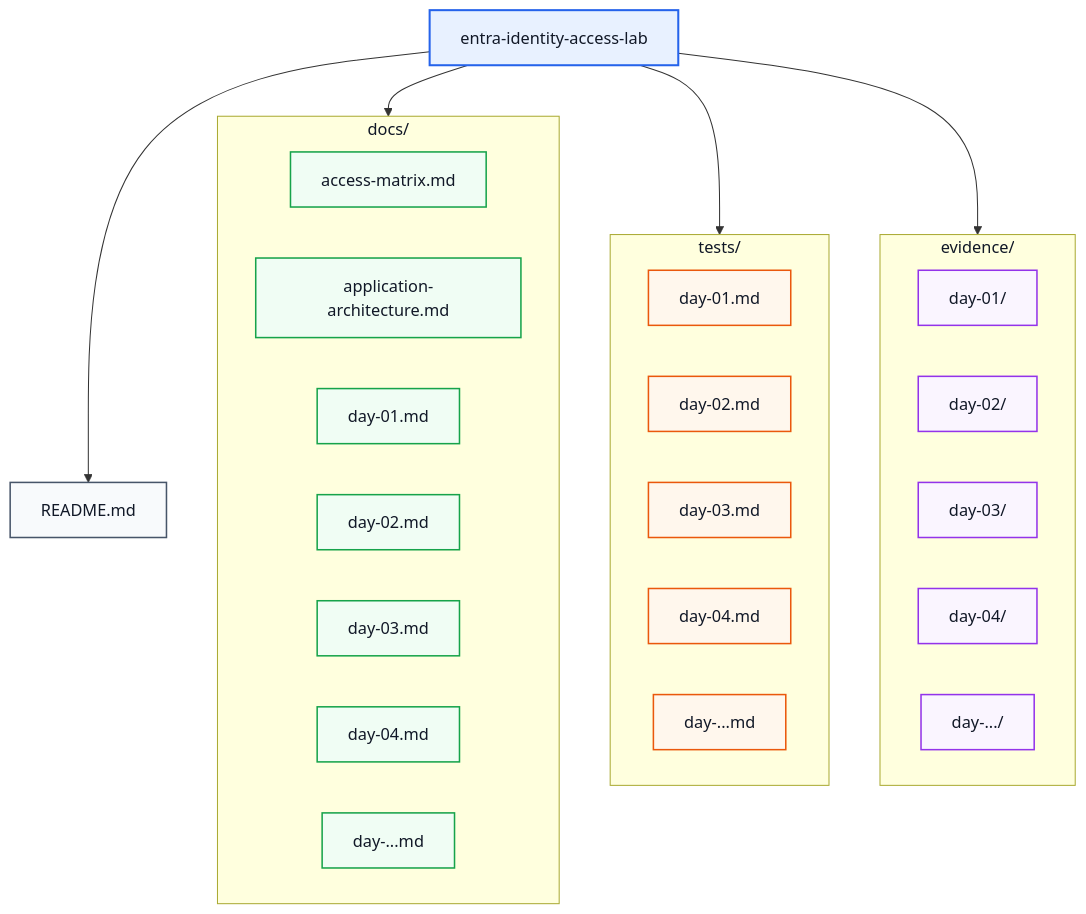
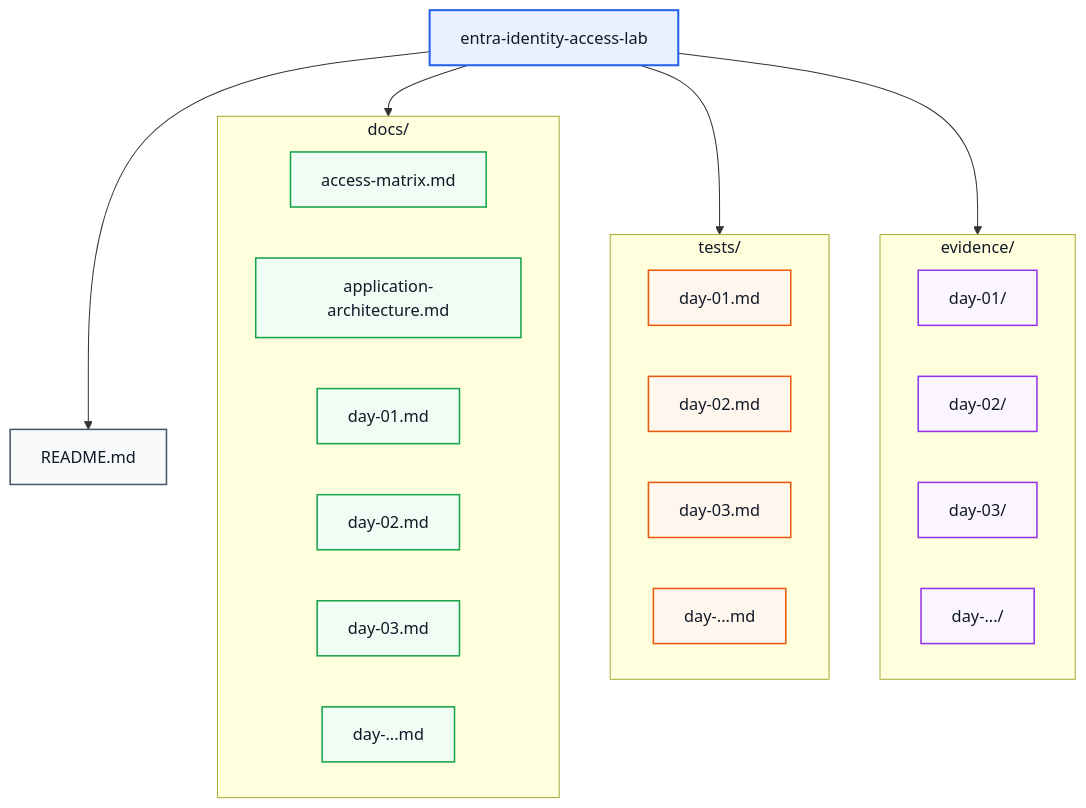
One commit to krzysztof-szot/entra-identity-access-lab changed the second of 2 diagrams in README.md. Above: the diagram before and after it, drawn with Mermaid.

Commit message:
Shorten repository structure after Day 03

````diff
--- a/README.md
+++ b/README.md
@@ -517,50 +517,47 @@
 ```mermaid
 flowchart TB
 
     ROOT["entra-identity-access-lab"]
 
     README["README.md"]
 
     subgraph DOCS["docs/"]
         ACCESS["access-matrix.md"]
         ARCH["application-architecture.md"]
         D1["day-01.md"]
         D2["day-02.md"]
         D3["day-03.md"]
-        D4["day-04.md"]
         DX["day-...md"]
     end
 
     subgraph TESTS["tests/"]
         T1["day-01.md"]
         T2["day-02.md"]
         T3["day-03.md"]
-        T4["day-04.md"]
         TX["day-...md"]
     end
 
     subgraph EVIDENCE["evidence/"]
         E1["day-01/"]
         E2["day-02/"]
         E3["day-03/"]
-        E4["day-04/"]
         EX["day-.../"]
     end
 
     ROOT --> README
     ROOT --> DOCS
     ROOT --> TESTS
     ROOT --> EVIDENCE
 
     classDef root fill:#e8f1ff,stroke:#2563eb,stroke-width:2px,color:#111827;
     classDef readme fill:#f8fafc,stroke:#475569,stroke-width:1.5px,color:#111827;
     classDef docs fill:#f0fdf4,stroke:#16a34a,stroke-width:1.5px,color:#111827;
     classDef tests fill:#fff7ed,stroke:#ea580c,stroke-width:1.5px,color:#111827;
     classDef evidence fill:#faf5ff,stroke:#9333ea,stroke-width:1.5px,color:#111827;
 
     class ROOT root;
     class README readme;
-    class ACCESS,ARCH,D1,D2,D3,D4,DX docs;
-    class T1,T2,T3,T4,TX tests;
-    class E1,E2,E3,E4,EX evidence;
+    class ACCESS,ARCH,D1,D2,D3,DX docs;
+    class T1,T2,T3,TX tests;
+    class E1,E2,E3,EX evidence;
 ```
````
